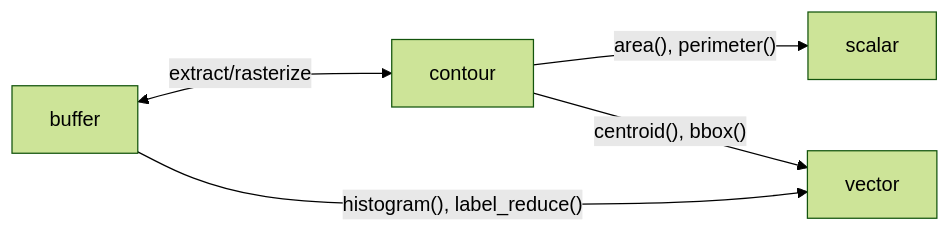
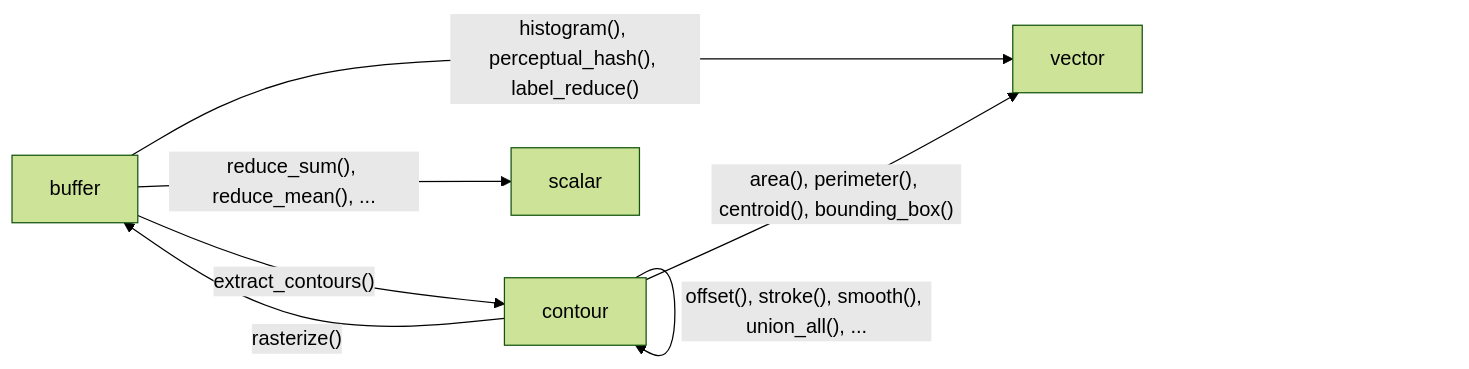
Before and after one commit to heshamdar/polars-cv: the diagram in polars-cv/docs/user-guide/concepts/domains.md, drawn with Mermaid (forest theme). The commit also changed other lines of this file and 17 other files, not shown here.

````diff
--- a/polars-cv/docs/user-guide/concepts/domains.md
+++ b/polars-cv/docs/user-guide/concepts/domains.md
@@ -16,7 +20,9 @@
 ```mermaid
 flowchart LR
-    Buffer["buffer"] <-->|"extract/rasterize"| Contour["contour"]
-    Buffer -->|"histogram(), label_reduce()"| Vector["vector"]
-    Contour -->|"area(), perimeter()"| Scalar["scalar"]
-    Contour -->|"centroid(), bbox()"| Vector
+    Buffer["buffer"] -->|"extract_contours()"| Contour["contour"]
+    Contour -->|"rasterize()"| Buffer
+    Contour -->|"offset(), stroke(), smooth(), union_all(), ..."| Contour
+    Buffer -->|"histogram(), perceptual_hash(), label_reduce()"| Vector["vector"]
+    Contour -->|"area(), perimeter(), centroid(), bounding_box()"| Vector
+    Buffer -->|"reduce_sum(), reduce_mean(), ..."| Scalar["scalar"]
 ```
````
